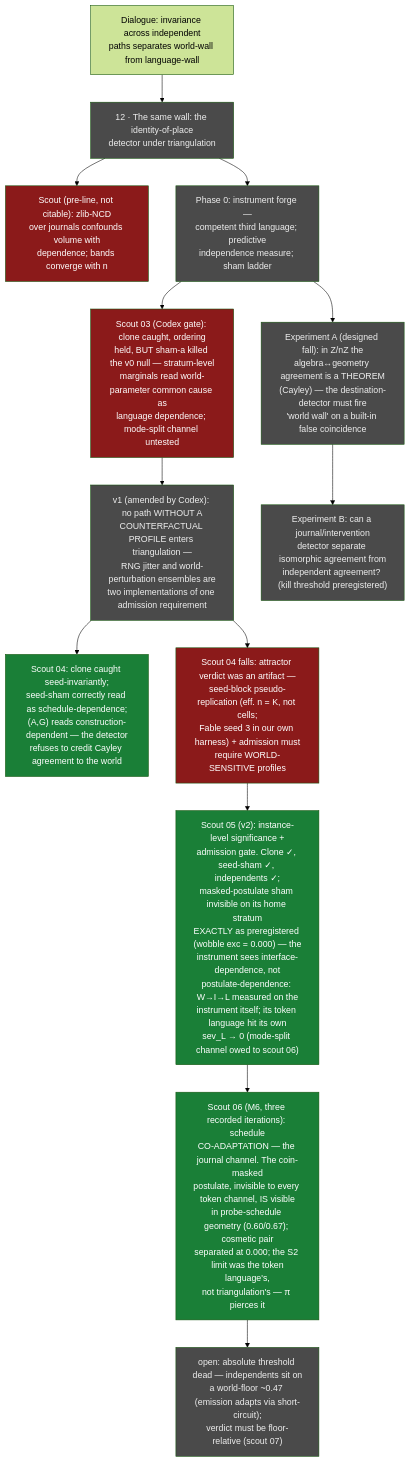
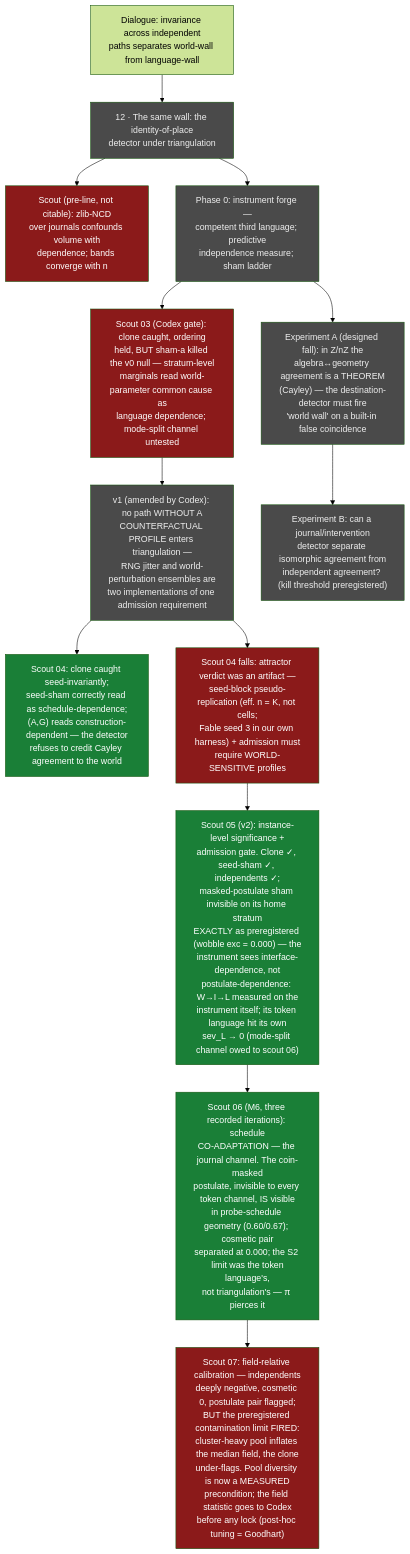
The diagram in ontology/lines/12-the-same-wall.md (Kirill-Kruglov/ascesis), drawn with Mermaid (forest theme) before and after one commit. The commit also changed other lines of this file and 1 other file, not shown here.

First line of the commit message:
Line 12 scout 07: field calibration — the contamination limit fired, measured

````diff
--- a/ontology/lines/12-the-same-wall.md
+++ b/ontology/lines/12-the-same-wall.md
@@ -32,22 +32,22 @@
 ```mermaid
 flowchart TD
     classDef verified fill:#1a7f37,color:#fff
     classDef falsified fill:#8b1a1a,color:#fff
     classDef open fill:#4a4a4a,color:#eee
     classDef concl fill:#b8860b,color:#fff
 
     D["Dialogue: invariance across independent<br/>paths separates world-wall from language-wall"] --> Q
     Q["12 · The same wall: the identity-of-place<br/>detector under triangulation"]:::open
     Q --> S0["Scout (pre-line, not citable): zlib-NCD<br/>over journals confounds volume with<br/>dependence; bands converge with n"]:::falsified
     Q --> P0["Phase 0: instrument forge —<br/>competent third language; predictive<br/>independence measure; sham ladder"]:::open
     P0 --> S3["Scout 03 (Codex gate): clone caught, ordering<br/>held, BUT sham-a killed the v0 null — stratum-level<br/>marginals read world-parameter common cause as<br/>language dependence; mode-split channel untested"]:::falsified
     S3 --> V1["v1 (amended by Codex): no path WITHOUT A<br/>COUNTERFACTUAL PROFILE enters triangulation —<br/>RNG jitter and world-perturbation ensembles are<br/>two implementations of one admission requirement"]:::open
     V1 --> S4["Scout 04: clone caught seed-invariantly;<br/>seed-sham correctly read as schedule-dependence;<br/>(A,G) reads construction-dependent — the detector<br/>refuses to credit Cayley agreement to the world"]:::verified
     V1 --> S4f["Scout 04 falls: attractor verdict was an artifact —<br/>seed-block pseudo-replication (eff. n = K, not cells;<br/>Fable seed 3 in our own harness) + admission must<br/>require WORLD-SENSITIVE profiles"]:::falsified
     S4f --> S5["Scout 05 (v2): instance-level significance +<br/>admission gate. Clone ✓, seed-sham ✓, independents ✓;<br/>masked-postulate sham invisible on its home stratum<br/>EXACTLY as preregistered (wobble exc = 0.000) — the<br/>instrument sees interface-dependence, not<br/>postulate-dependence: W→I→L measured on the<br/>instrument itself; its token language hit its own<br/>sev_L → 0 (mode-split channel owed to scout 06)"]:::verified
     S5 --> S6["Scout 06 (M6, three recorded iterations): schedule<br/>CO-ADAPTATION — the journal channel. The coin-masked<br/>postulate, invisible to every token channel, IS visible<br/>in probe-schedule geometry (0.60/0.67); cosmetic pair<br/>separated at 0.000; the S2 limit was the token
 language's,<br/>not triangulation's — π pierces it"]:::verified
-    S6 --> S7g["open: absolute threshold dead — independents sit on<br/>a world-floor ~0.47 (emission adapts via short-circuit);<br/>verdict must be floor-relative (scout 07)"]:::open
+    S6 --> S7g["Scout 07: field-relative calibration — independents<br/>deeply negative, cosmetic 0, postulate pair flagged;<br/>BUT the preregistered contamination limit FIRED:<br/>cluster-heavy pool inflates the median field, the clone<br/>under-flags. Pool diversity is now a MEASURED<br/>precondition; the field statistic goes to Codex<br/>before any lock (post-hoc tuning = Goodhart)"]:::falsified
     P0 --> EA["Experiment A (designed fall): in Z/nZ the<br/>algebra↔geometry agreement is a THEOREM<br/>(Cayley) — the destination-detector must fire<br/>'world wall' on a built-in false coincidence"]:::open
     EA --> EB["Experiment B: can a journal/intervention<br/>detector separate isomorphic agreement from<br/>independent agreement? (kill threshold preregistered)"]:::open
 ```
````
